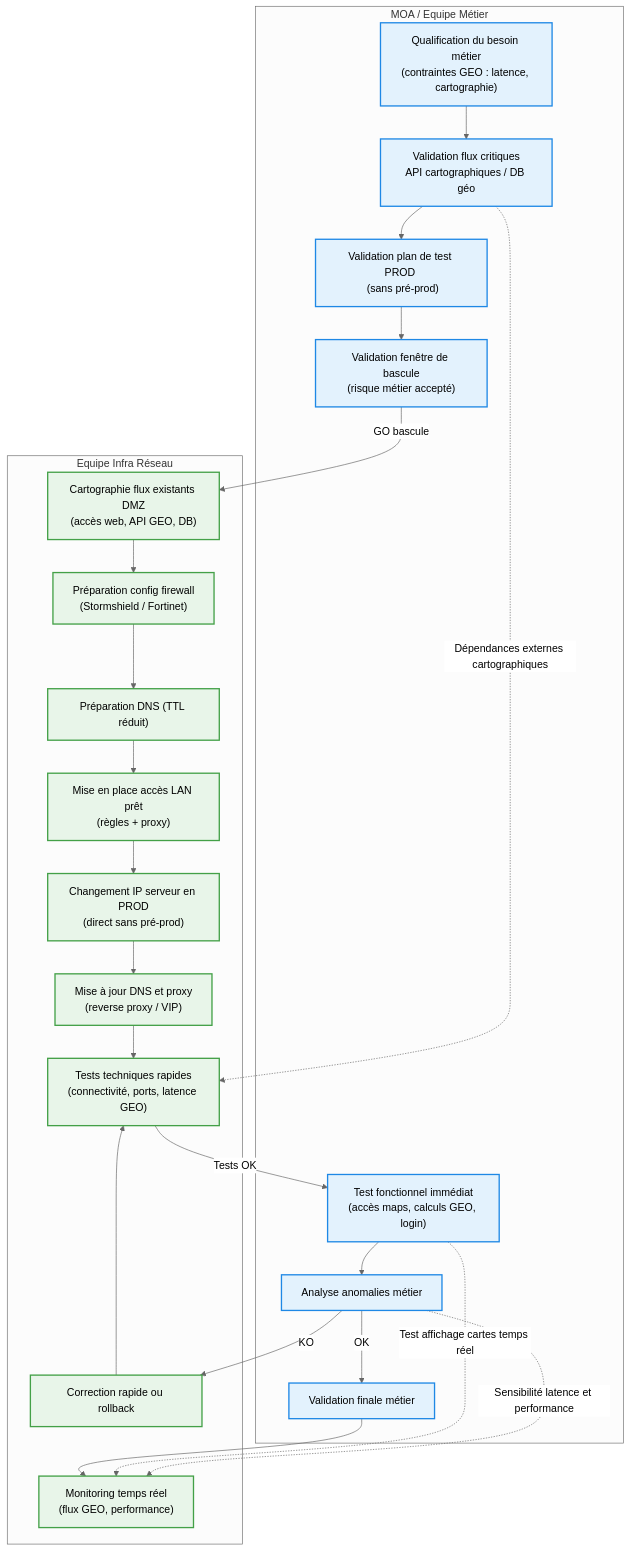
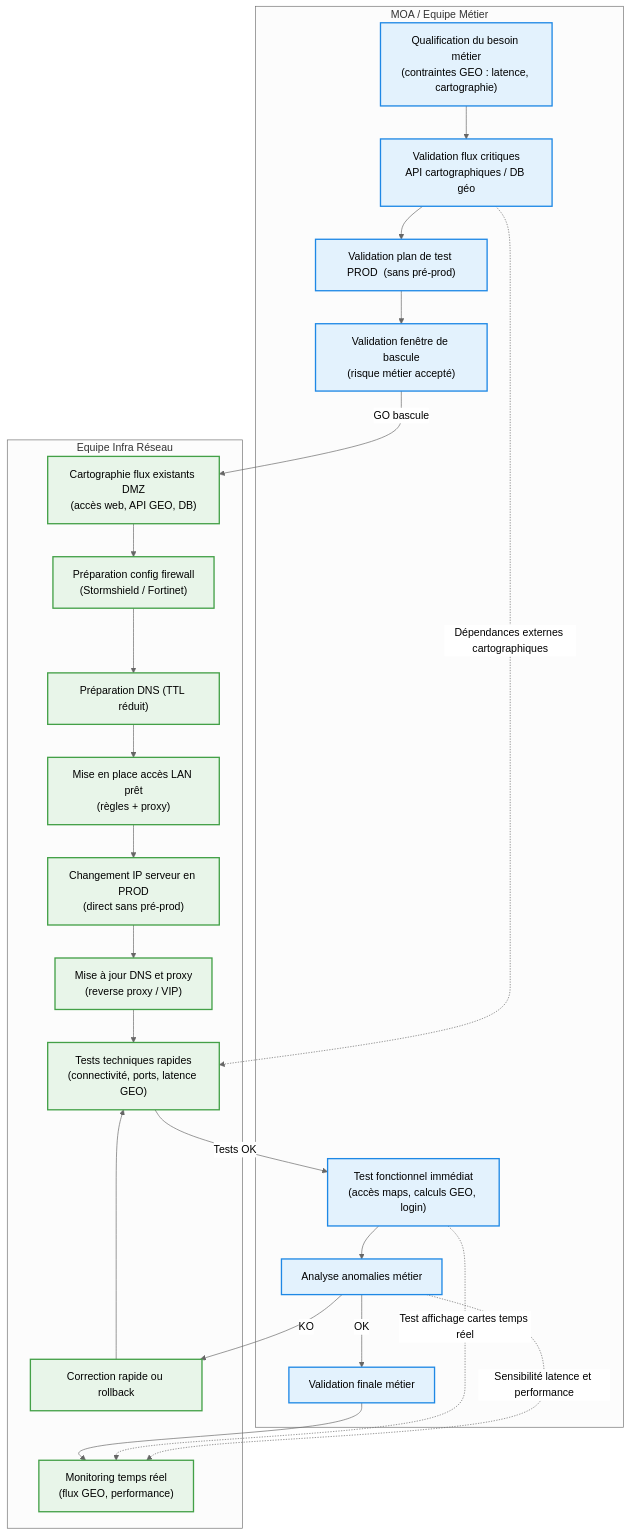
One commit to fdadda/iodraw-files changed the diagram in all/Sans nom.md. Above: the diagram before and after it, drawn with Mermaid (neutral theme).

Commit message:
2026-05-29 10:35:12 update

````diff
--- a/all/Sans nom.md
+++ b/all/Sans nom.md
@@ -1,52 +1,52 @@
 ```mermaid
 flowchart TD  
 
 %% Styles
 classDef metier fill:#E3F2FD,stroke:#1E88E5,stroke-width:2px;
 classDef infra fill:#E8F5E9,stroke:#43A047,stroke-width:2px;
 classDef decision fill:#FFF3E0,stroke:#FB8C00,stroke-width:2px;
 
 %% Swimlane Métier (MOA)
 subgraph METIER [MOA / Equipe Métier]
     M1["Qualification du besoin métier\n(contraintes GEO : latence, cartographie)"]:::metier
     M2["Validation flux critiques\nAPI cartographiques / DB géo"]:::metier
-    M3["Validation plan de test PROD \n (sans pré-prod)"]:::metier
+    M3["Validation plan de test PROD  (sans pré-prod)"]:::metier
     M4["Validation fenêtre de bascule\n(risque métier accepté)"]:::metier
     M5["Test fonctionnel immédiat\n(accès maps, calculs GEO, login)"]:::metier
     M6[Analyse anomalies métier]:::metier
     M7[Validation finale métier]:::metier
 end
 
 %% Swimlane Infra
 subgraph INFRA [Equipe Infra Réseau]
     I1["Cartographie flux existants DMZ\n(accès web, API GEO, DB)"]:::infra
     I2["Préparation config firewall\n(Stormshield / Fortinet)"]:::infra
     I3["Préparation DNS (TTL réduit)"]:::infra
     I4["Mise en place accès LAN prêt\n(règles + proxy)"]:::infra
     I5["Changement IP serveur en PROD\n(direct sans pré-prod)"]:::infra
     I6["Mise à jour DNS et proxy\n(reverse proxy / VIP)"]:::infra
     I7["Tests techniques rapides\n(connectivité, ports, latence GEO)"]:::infra
     I8["Monitoring temps réel\n(flux GEO, performance)"]:::infra
     I9[Correction rapide ou rollback]:::infra
 end
 
 %% Workflow principal
 M1 --> M2 --> M3 --> M4
 M4 -->|GO bascule| I1
 
 I1 --> I2 --> I3 --> I4 --> I5 --> I6 --> I7
 
 I7 -->|Tests OK| M5
 M5 --> M6
 
 M6 -->|OK| M7
 M6 -->|KO| I9
 
 I9 --> I7
 M7 --> I8
 
 %% Contraintes GEO
 M2 -.->|Dépendances externes cartographiques| I7
 M5 -.->|Test affichage cartes temps réel| I8
 M6 -.->|Sensibilité latence et performance| I8
 ```
````
